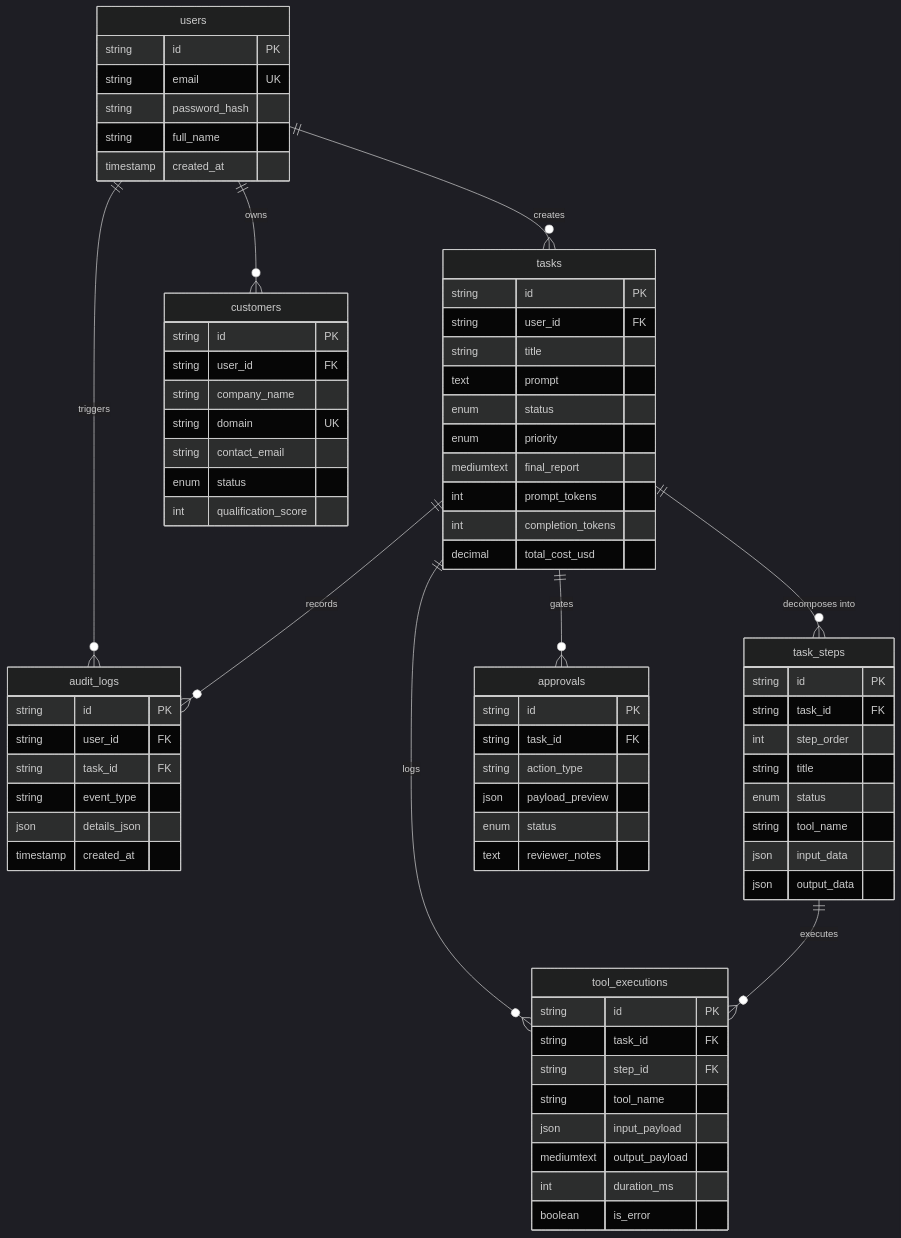
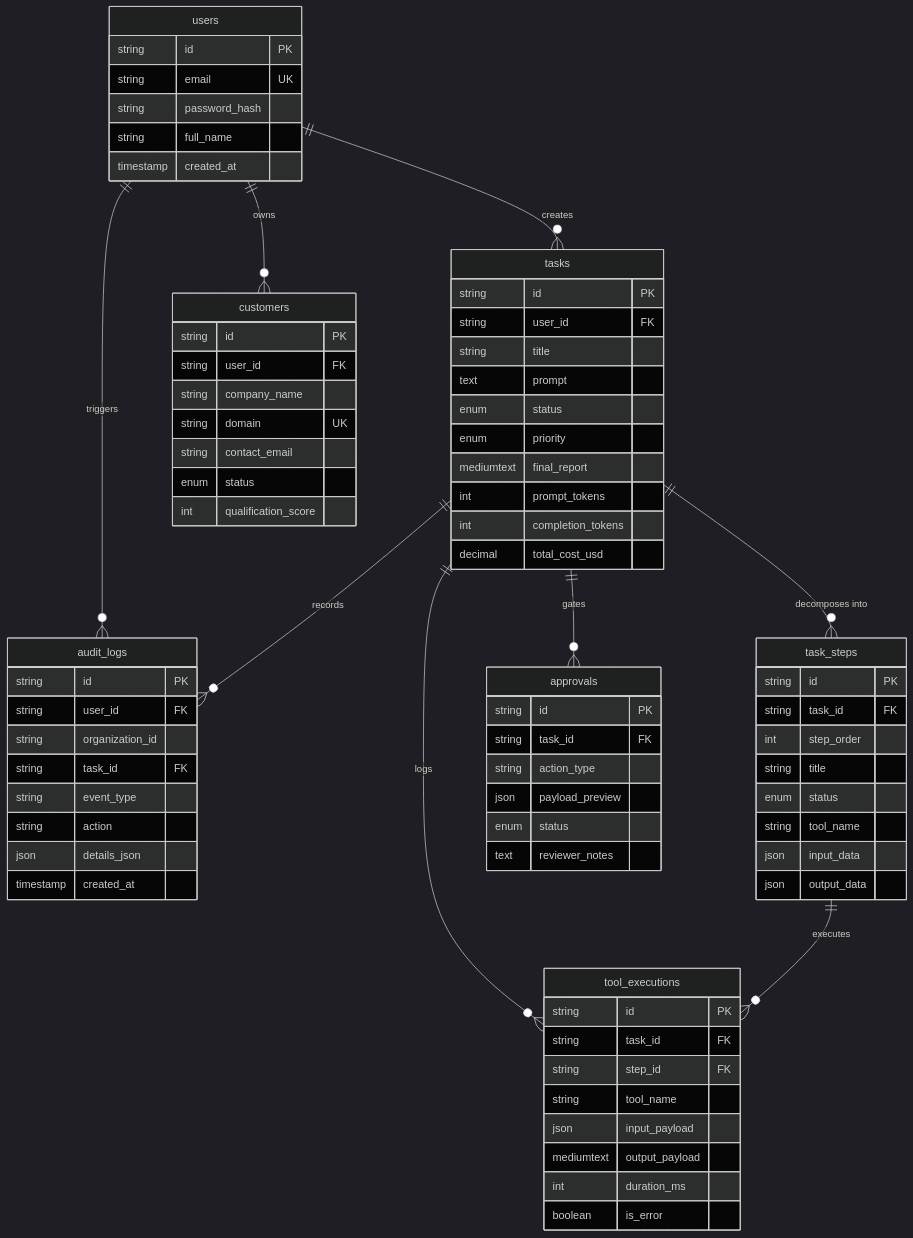
Before and after one commit to sakshi-lily/ai-workforce-platform: the diagram in docs/DATABASE_SCHEMA.md, drawn with Mermaid (dark theme). The commit also changed other lines of this file and 49 other files, not shown here.

```diff
--- a/docs/DATABASE_SCHEMA.md
+++ b/docs/DATABASE_SCHEMA.md
@@ -84,8 +84,10 @@
     audit_logs {
         string id PK
         string user_id FK
+        string organization_id
         string task_id FK
         string event_type
+        string action
         json details_json
         timestamp created_at
     }
```
